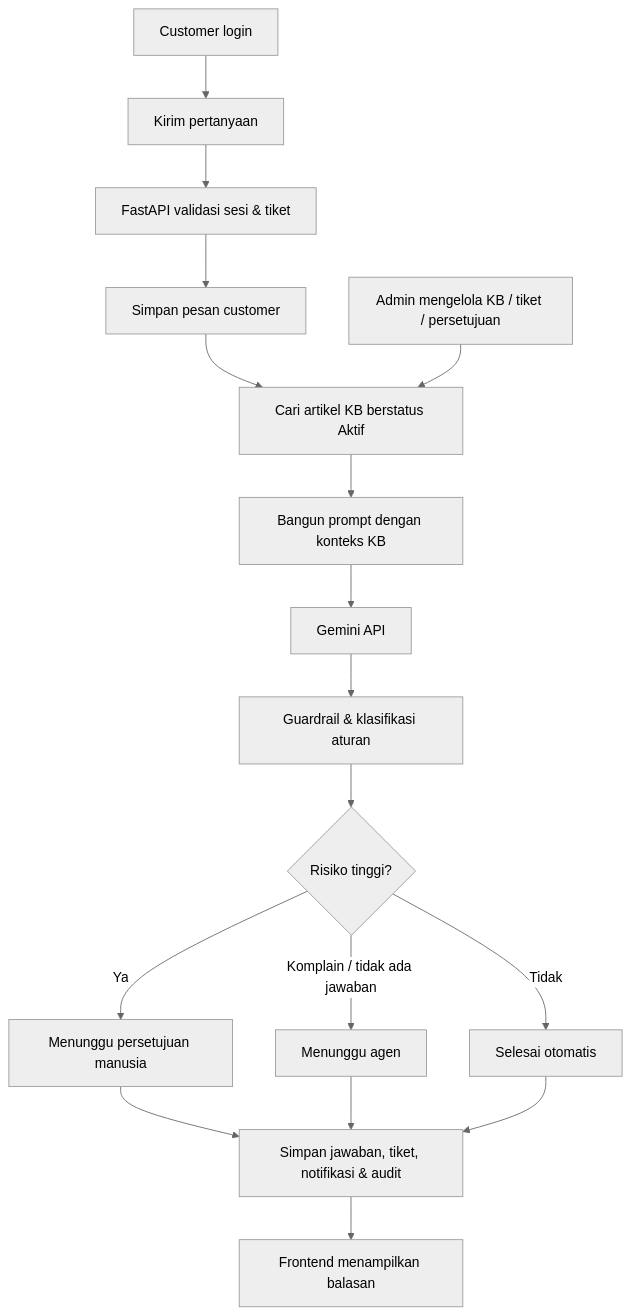
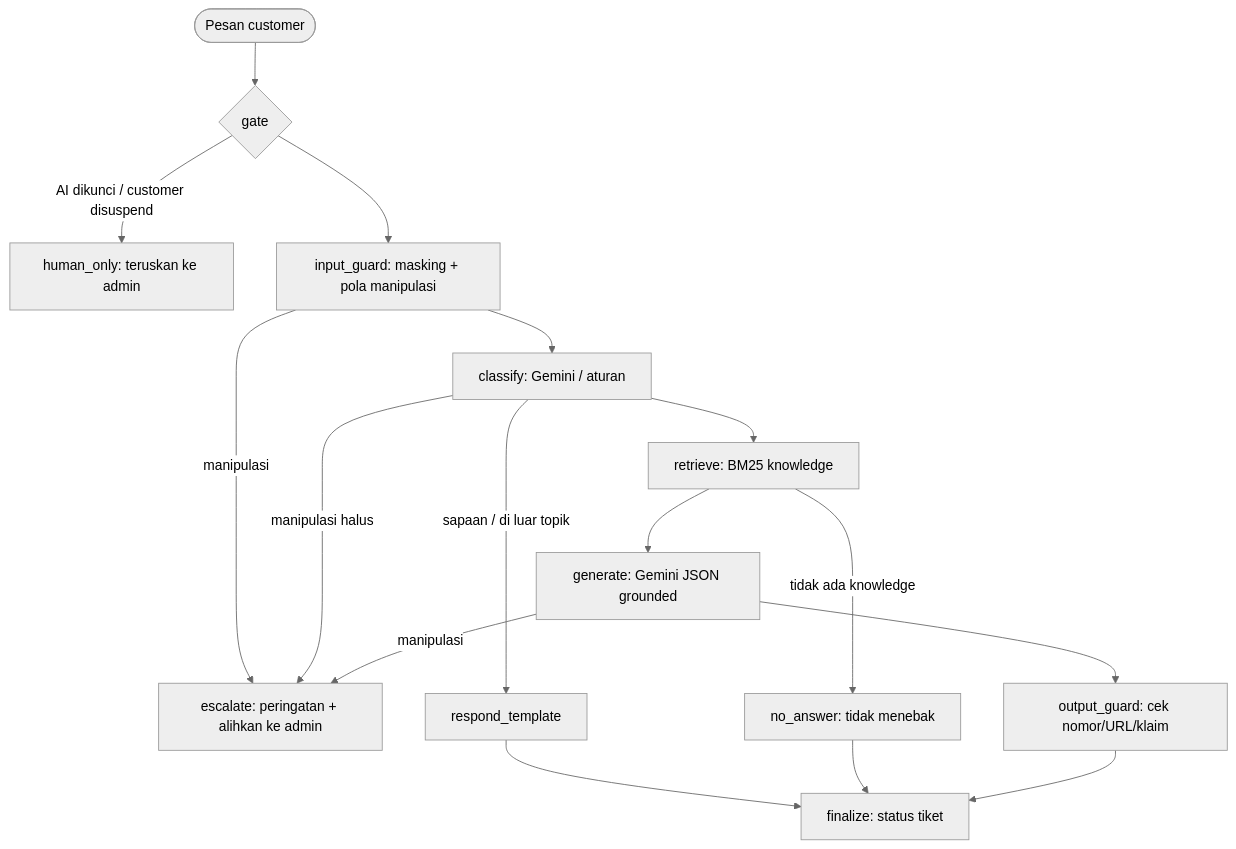
The diagram in VTEKI_Chatbot/README.md (raphaelfelio-ctrl/Capstone-03), drawn with Mermaid (neutral theme) before and after one commit. The commit also changed other lines of this file and 18 other files, not shown here.

````diff
--- a/VTEKI_Chatbot/README.md
+++ b/VTEKI_Chatbot/README.md
@@ -68,19 +77,18 @@
 ```mermaid
 flowchart TD
-    A[Customer login] --> B[Kirim pertanyaan]
-    B --> C[FastAPI validasi sesi & tiket]
-    C --> D[Simpan pesan customer]
-    D --> E[Cari artikel KB berstatus Aktif]
-    E --> F[Bangun prompt dengan konteks KB]
-    F --> G[Gemini API]
-    G --> H[Guardrail & klasifikasi aturan]
-    H --> I{Risiko tinggi?}
-    I -- Ya --> J[Menunggu persetujuan manusia]
-    I -- Komplain / tidak ada jawaban --> K[Menunggu agen]
-    I -- Tidak --> L[Selesai otomatis]
-    J --> M[Simpan jawaban, tiket, notifikasi & audit]
-    K --> M
-    L --> M
-    M --> N[Frontend menampilkan balasan]
-    O[Admin mengelola KB / tiket / persetujuan] --> E
+    S([Pesan customer]) --> G{gate}
+    G -- AI dikunci / customer disuspend --> H[human_only: teruskan ke admin]
+    G --> IG[input_guard: masking + pola manipulasi]
+    IG -- manipulasi --> E[escalate: peringatan + alihkan ke admin]
+    IG --> C[classify: Gemini / aturan]
+    C -- manipulasi halus --> E
+    C -- sapaan / di luar topik --> T[respond_template]
+    C --> R[retrieve: BM25 knowledge]
+    R -- tidak ada knowledge --> N[no_answer: tidak menebak]
+    R --> GEN[generate: Gemini JSON grounded]
+    GEN -- manipulasi --> E
+    GEN --> OG[output_guard: cek nomor/URL/klaim]
+    T --> F[finalize: status tiket]
+    N --> F
+    OG --> F
 ```
````
